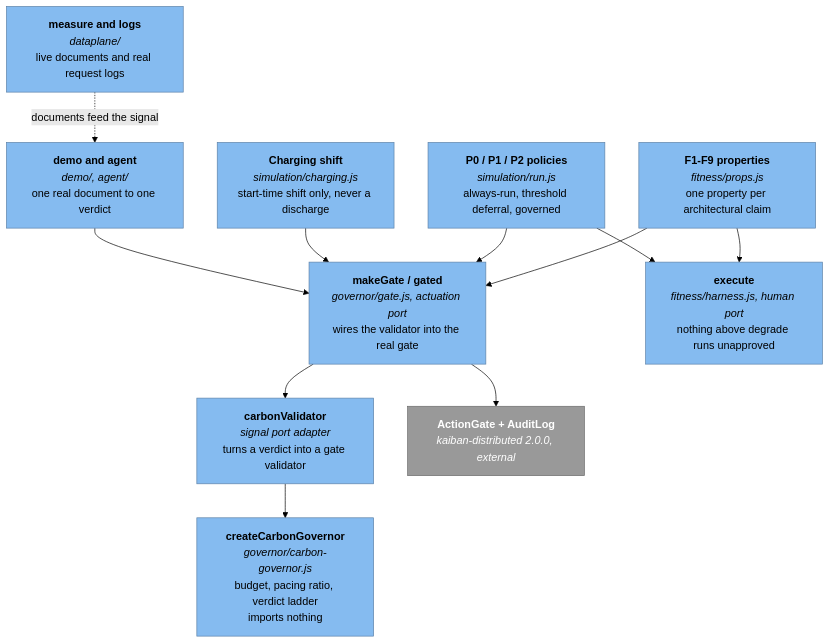
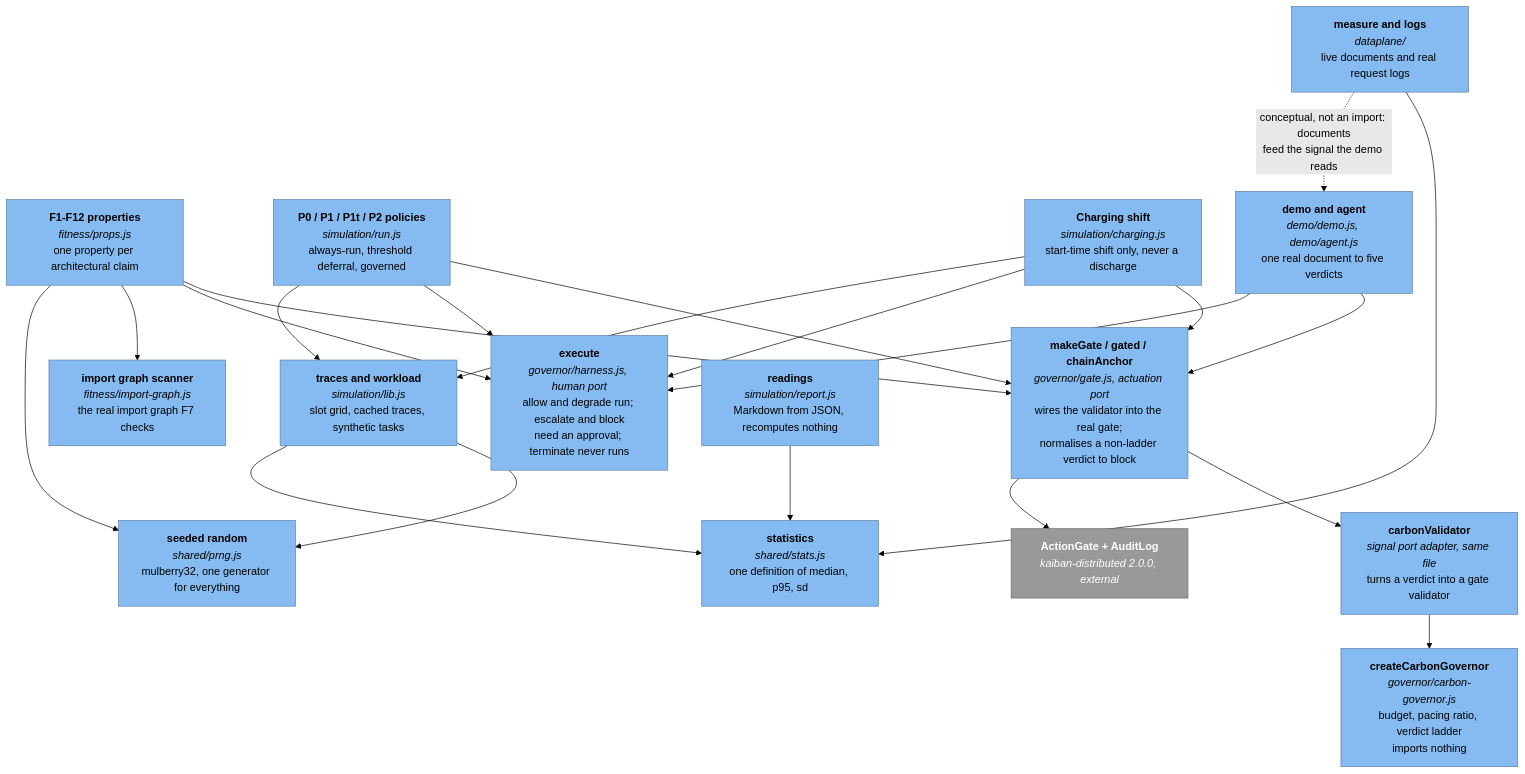
The diagram in docs/architecture/c4/c4-component.mmd (andreibesleaga/sustainability-loop-eval), drawn with Mermaid (forest theme) before and after one commit. The commit also changed 89 other files, not shown here.

```diff
--- a/docs/architecture/c4/c4-component.mmd
+++ b/docs/architecture/c4/c4-component.mmd
@@ -1,28 +1,43 @@
 %% C4 level 3 - components inside the hexagon. Flowchart form, same reason.
 flowchart TB
   CORE["<b>createCarbonGovernor</b><br/><i>governor/carbon-governor.js</i><br/>budget, pacing ratio, verdict ladder<br/>imports nothing"]
-  VAL["<b>carbonValidator</b><br/><i>signal port adapter</i><br/>turns a verdict into a gate validator"]
-  MG["<b>makeGate / gated</b><br/><i>governor/gate.js, actuation port</i><br/>wires the validator into the real gate"]
-  HAR["<b>execute</b><br/><i>fitness/harness.js, human port</i><br/>nothing above degrade runs unapproved"]
-  PROPS["<b>F1-F9 properties</b><br/><i>fitness/props.js</i><br/>one property per architectural claim"]
-  POL["<b>P0 / P1 / P2 policies</b><br/><i>simulation/run.js</i><br/>always-run, threshold deferral, governed"]
+  VAL["<b>carbonValidator</b><br/><i>signal port adapter, same file</i><br/>turns a verdict into a gate validator"]
+  MG["<b>makeGate / gated / chainAnchor</b><br/><i>governor/gate.js, actuation port</i><br/>wires the validator into the real gate;<br/>normalises a non-ladder verdict to block"]
+  HAR["<b>execute</b><br/><i>governor/harness.js, human port</i><br/>allow and degrade run; escalate and block<br/>need an approval; terminate never runs"]
+  PROPS["<b>F1-F12 properties</b><br/><i>fitness/props.js</i><br/>one property per architectural claim"]
+  IG["<b>import graph scanner</b><br/><i>fitness/import-graph.js</i><br/>the real import graph F7 checks"]
+  POL["<b>P0 / P1 / P1t / P2 policies</b><br/><i>simulation/run.js</i><br/>always-run, threshold deferral, governed"]
+  LIB["<b>traces and workload</b><br/><i>simulation/lib.js</i><br/>slot grid, cached traces, synthetic tasks"]
+  SREP["<b>readings</b><br/><i>simulation/report.js</i><br/>Markdown from JSON, recomputes nothing"]
   CHG["<b>Charging shift</b><br/><i>simulation/charging.js</i><br/>start-time shift only, never a discharge"]
   MEA["<b>measure and logs</b><br/><i>dataplane/</i><br/>live documents and real request logs"]
-  DEMO["<b>demo and agent</b><br/><i>demo/, agent/</i><br/>one real document to one verdict"]
+  DEMO["<b>demo and agent</b><br/><i>demo/demo.js, demo/agent.js</i><br/>one real document to five verdicts"]
+  PRNG["<b>seeded random</b><br/><i>shared/prng.js</i><br/>mulberry32, one generator for everything"]
+  STATS["<b>statistics</b><br/><i>shared/stats.js</i><br/>one definition of median, p95, sd"]
   GATE["<b>ActionGate + AuditLog</b><br/><i>kaiban-distributed 2.0.0, external</i>"]
 
   VAL --> CORE
   MG --> VAL
   MG --> GATE
   PROPS --> MG
   PROPS --> HAR
+  PROPS --> IG
+  PROPS --> PRNG
   POL --> MG
   POL --> HAR
+  POL --> LIB
   CHG --> MG
+  CHG --> HAR
+  CHG --> LIB
+  LIB --> PRNG
+  LIB --> STATS
+  SREP --> STATS
   DEMO --> MG
-  MEA -.->|documents feed the signal| DEMO
+  DEMO --> HAR
+  MEA --> STATS
+  MEA -.->|conceptual, not an import: documents<br/>feed the signal the demo reads| DEMO
 
   classDef comp fill:#85bbf0,stroke:#5d82a8,color:#000
   classDef ext fill:#999999,stroke:#6b6b6b,color:#fff
-  class CORE,VAL,MG,HAR,PROPS,POL,CHG,MEA,DEMO comp
+  class CORE,VAL,MG,HAR,PROPS,IG,POL,LIB,SREP,CHG,MEA,DEMO,PRNG,STATS comp
   class GATE ext
```
